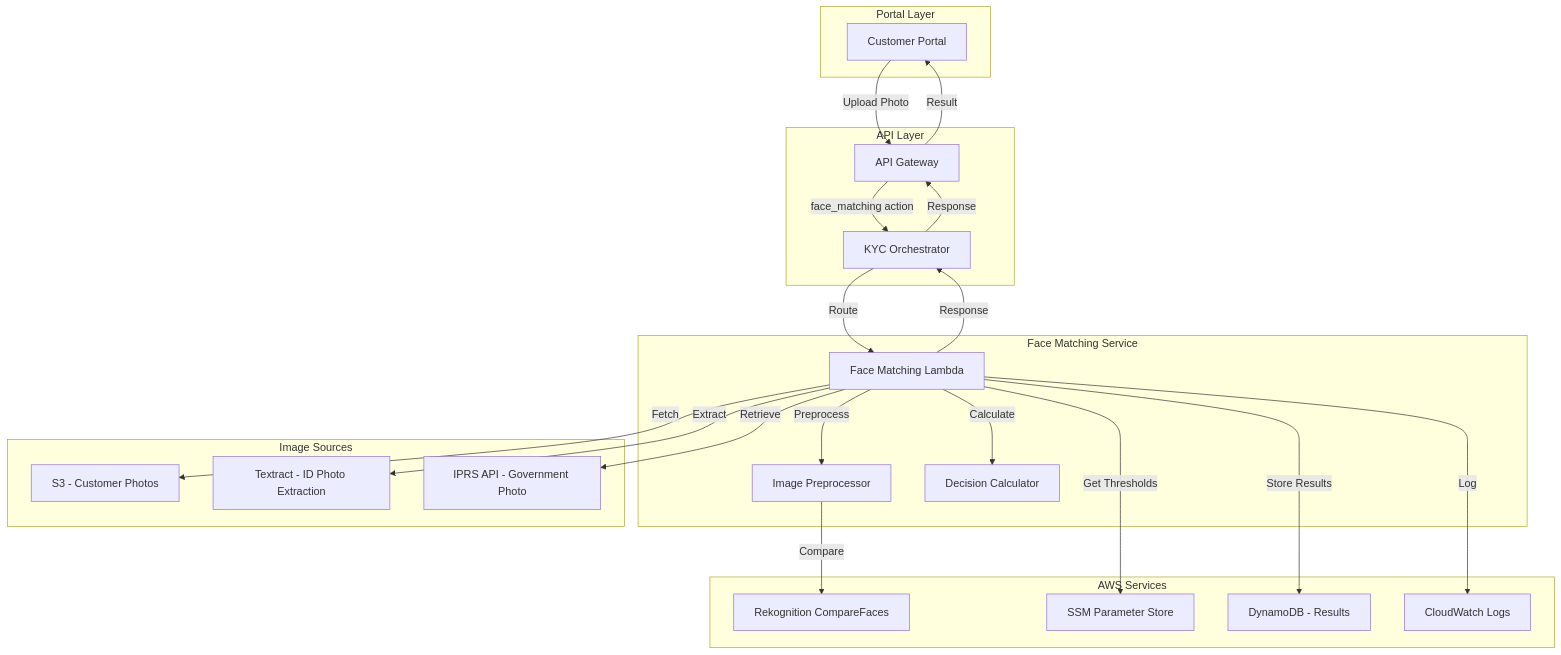
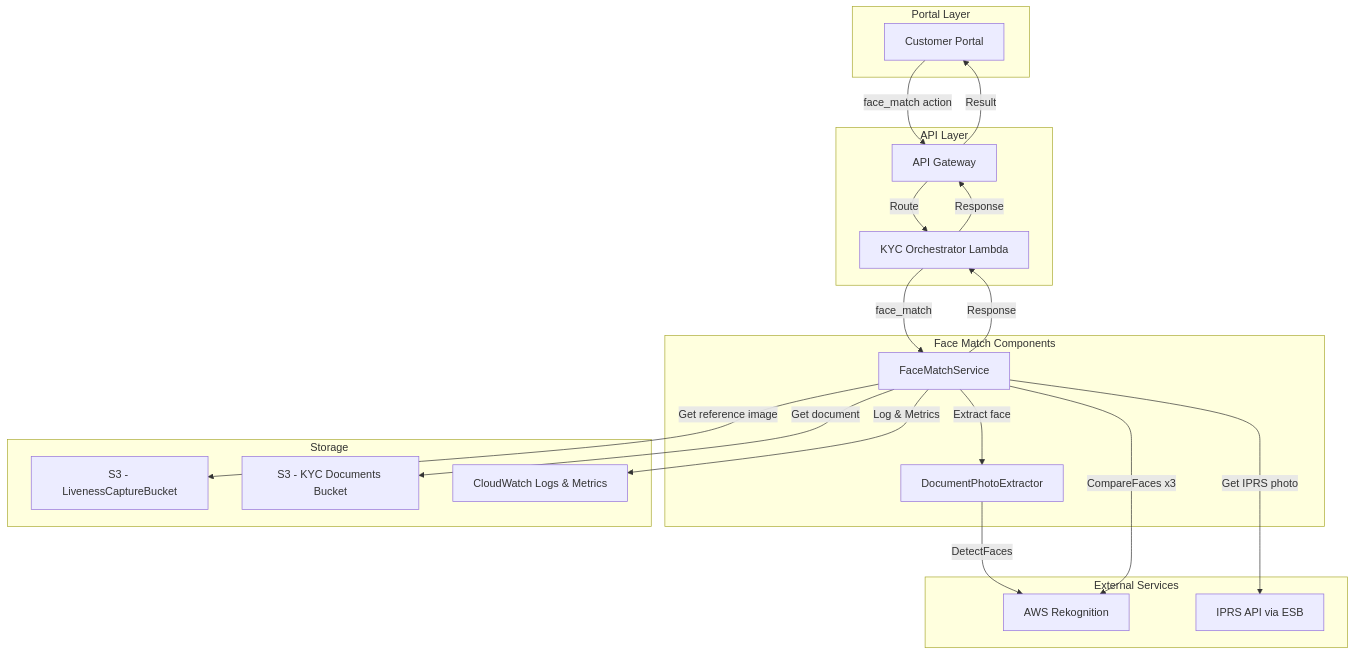
The first of 2 diagrams in .kiro/specs/face-matching-verification/design.md (SHINRAITECHNOLOGIESLIMITED/ekyc-consolidated), drawn with Mermaid before and after one commit. The commit also changed other lines of this file and 34 other files, not shown here.

First line of the commit message:
feat: v1.2 eKYC enhancements - serial number validation, gender validation, face matching

````diff
--- a/.kiro/specs/face-matching-verification/design.md
+++ b/.kiro/specs/face-matching-verification/design.md
@@ -59,51 +23,43 @@
 ```mermaid
 flowchart TB
     subgraph Portal["Portal Layer"]
         UI[Customer Portal]
     end
 
     subgraph API["API Layer"]
         APIGW[API Gateway]
-        KYC[KYC Orchestrator]
+        KYC[KYC Orchestrator Lambda]
     end
 
-    subgraph FaceMatching["Face Matching Service"]
-        FM[Face Matching Lambda]
-        IP[Image Preprocessor]
-        DC[Decision Calculator]
+    subgraph FaceMatch["Face Match Components"]
+        FMS[FaceMatchService]
+        DPE[DocumentPhotoExtractor]
     end
 
-    subgraph ImageSources["Image Sources"]
-        S3[S3 - Customer Photos]
-        TX[Textract - ID Photo Extraction]
-        IPRS[IPRS API - Government Photo]
+    subgraph External["External Services"]
+        REK[AWS Rekognition]
+        IPRS[IPRS API via ESB]
     end
 
-    subgraph AWS["AWS Services"]
-        REK[Rekognition CompareFaces]
-        SSM[SSM Parameter Store]
-        DDB[DynamoDB - Results]
-        CW[CloudWatch Logs]
+    subgraph Storage["Storage"]
+        S3L[S3 - LivenessCaptureBucket]
+        S3D[S3 - KYC Documents Bucket]
+        CW[CloudWatch Logs & Metrics]
     end
 
-    UI -->|Upload Photo| APIGW
-    APIGW -->|face_matching action| KYC
-    KYC -->|Route| FM
-    
-    FM -->|Fetch| S3
-    FM -->|Extract| TX
-    FM -->|Retrieve| IPRS
-    
-    FM -->|Preprocess| IP
-    IP -->|Compare| REK
-    
-    FM -->|Get Thresholds| SSM
-    FM -->|Calculate| DC
-    
-    FM -->|Store Results| DDB
-    FM -->|Log| CW
-    
-    FM -->|Response| KYC
+    UI -->|face_match action| APIGW
+    APIGW -->|Route| KYC
+    KYC -->|face_match| FMS
+
+    FMS -->|Get reference image| S3L
+    FMS -->|Get document| S3D
+    FMS -->|Extract face| DPE
+    DPE -->|DetectFaces| REK
+    FMS -->|CompareFaces x3| REK
+    FMS -->|Get IPRS photo| IPRS
+
+    FMS -->|Log & Metrics| CW
+    FMS -->|Response| KYC
     KYC -->|Response| APIGW
     APIGW -->|Result| UI
 ```
````
